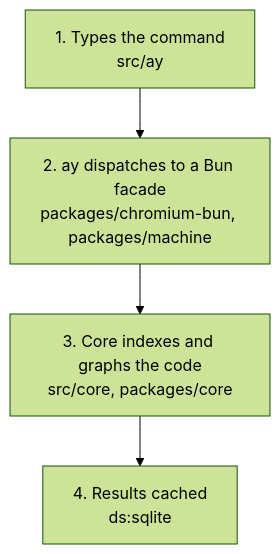
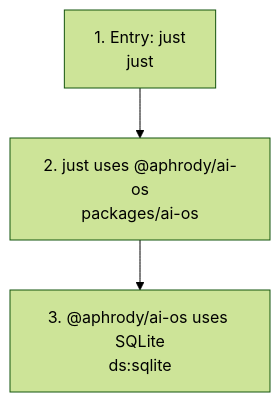
One commit to aphrody-labs/legacy changed the diagram in docs/topology/critical-path.mmd. Above: the diagram before and after it, drawn with Mermaid (forest theme). The commit also changed 6 other files, not shown here.

Commit message:
topology: no hand-typed content left; layer names come from checkdeps --units, data stores from manifest client libraries or Bun built-in client APIs (edge = links a client, no guessed read/write), flows computed as the shortest path from the widest-reaching entry points to a data store

```diff
--- a/docs/topology/critical-path.mmd
+++ b/docs/topology/critical-path.mmd
@@ -1,9 +1,7 @@
 flowchart TD
-  s0["1. Types the command<br/>src/ay"]
-  s1["2. ay dispatches to a Bun facade<br/>packages/chromium-bun, packages/machine"]
-  s2["3. Core indexes and graphs the code<br/>src/core, packages/core"]
-  s3["4. Results cached<br/>ds:sqlite"]
+  s0["1. Entry: just<br/>just"]
+  s1["2. just uses @aphrody/ai-os<br/>packages/ai-os"]
+  s2["3. @aphrody/ai-os uses SQLite<br/>ds:sqlite"]
   s0 --> s1
   s1 --> s2
-  s2 --> s3
   %% no telemetry wired: wall-clock not annotated
```
